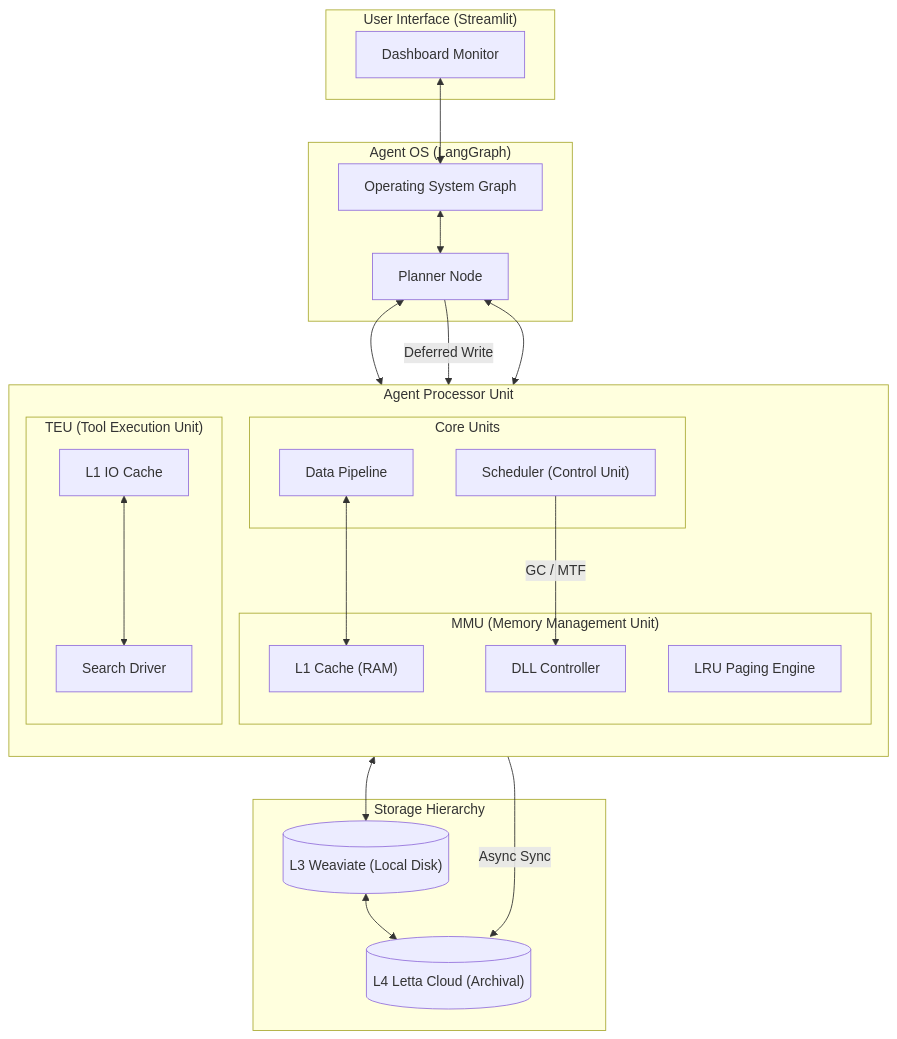
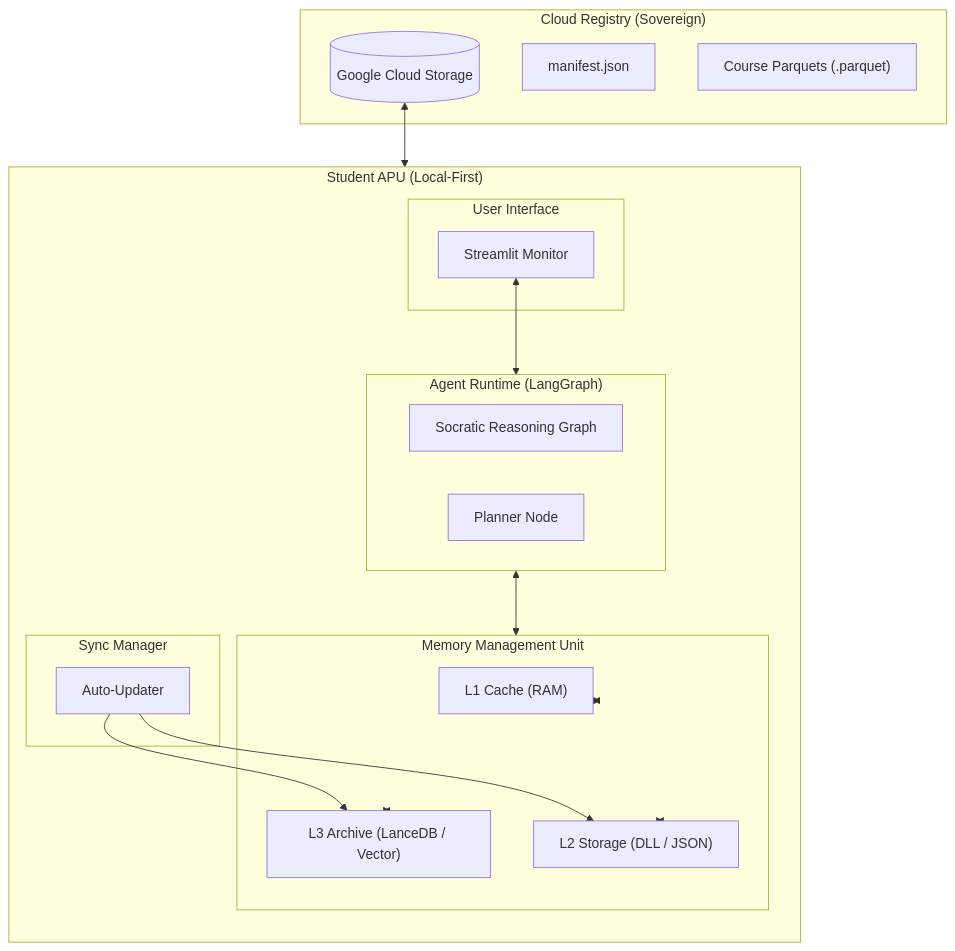
Before and after one commit to EZFRICA/alu-education-agent: the diagram in README.md, drawn with Mermaid. The commit also changed other lines of this file and 96 other files, not shown here.

````diff
--- a/README.md
+++ b/README.md
@@ -11,55 +9,42 @@
 ```mermaid
 graph TD
-    subgraph UI ["User Interface (Streamlit)"]
-        Dashboard["Dashboard Monitor"]
+    subgraph CLOUD ["Cloud Registry (Sovereign)"]
+        GCS[("Google Cloud Storage")]
+        Manifest["manifest.json"]
+        Parquets["Course Parquets (.parquet)"]
     end
 
-    subgraph OS ["Agent OS (LangGraph)"]
-        Graph["Operating System Graph"]
-        Planner["Planner Node"]
-    end
-
-    subgraph APU ["Agent Processor Unit"]
+    subgraph CLIENT ["Student APU (Local-First)"]
         direction TB
         
-        subgraph CORE ["Core Units"]
-            Scheduler["Scheduler (Control Unit)"]
-            Pipeline["Data Pipeline"]
+        subgraph UI ["User Interface"]
+            Dashboard["Streamlit Monitor"]
         end
 
-        subgraph MEM ["MMU (Memory Management Unit)"]
-            L1["L1 Cache (RAM)"]
-            DLL["DLL Controller"]
-            Paging["LRU Paging Engine"]
+        subgraph OS ["Agent Runtime (LangGraph)"]
+            Graph["Socratic Reasoning Graph"]
+            Planner["Planner Node"]
         end
 
-        subgraph IO ["TEU (Tool Execution Unit)"]
-            IOCache["L1 IO Cache"]
-            Tools["Search Driver"]
+        subgraph MMU ["Memory Management Unit"]
+            L1["L1 Cache (RAM)"]
+            L2["L2 Storage (DLL / JSON)"]
+            L3["L3 Archive (LanceDB / Vector)"]
+        end
+
+        subgraph SYNC ["Sync Manager"]
+            Sync["Auto-Updater"]
         end
     end
 
-    subgraph STORAGE ["Storage Hierarchy"]
-        L3[("L3 Weaviate (Local Disk)")]
-        L4[("L4 Letta Cloud (Archival)")]
-    end
-
     %% Connections
-    Dashboard <--> Graph
-    Graph <--> Planner
-    Planner <--> Pipeline
+    GCS <--> Sync
+    Sync --> L3
+    Sync --> L2
     
-    %% MMU Flow
-    Pipeline <--> L1
-    L1 <--> L3
-    L3 <--> L4
-    
-    %% Scheduler Flow
-    Planner -- Deferred Write --> Scheduler
-    Scheduler -- Async Sync --> L4
-    Scheduler -- GC / MTF --> DLL
-    
-    %% IO Flow
-    Planner <--> IOCache
-    IOCache <--> Tools
+    Dashboard <--> OS
+    OS <--> MMU
+    MMU <--> L1
+    MMU <--> L2
+    MMU <--> L3
 ```
````
